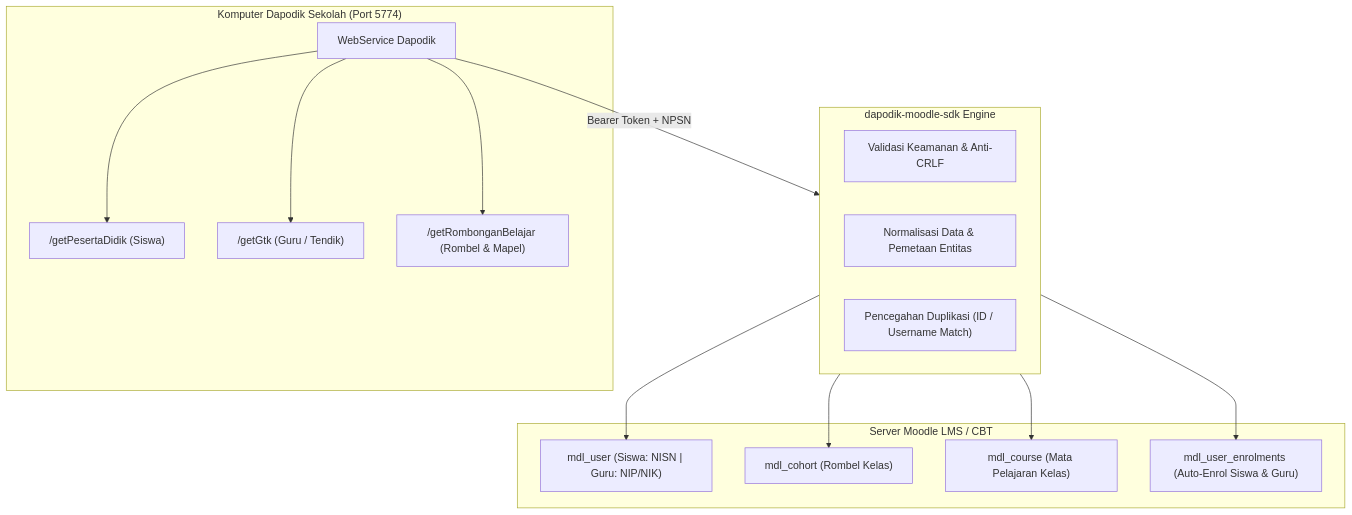
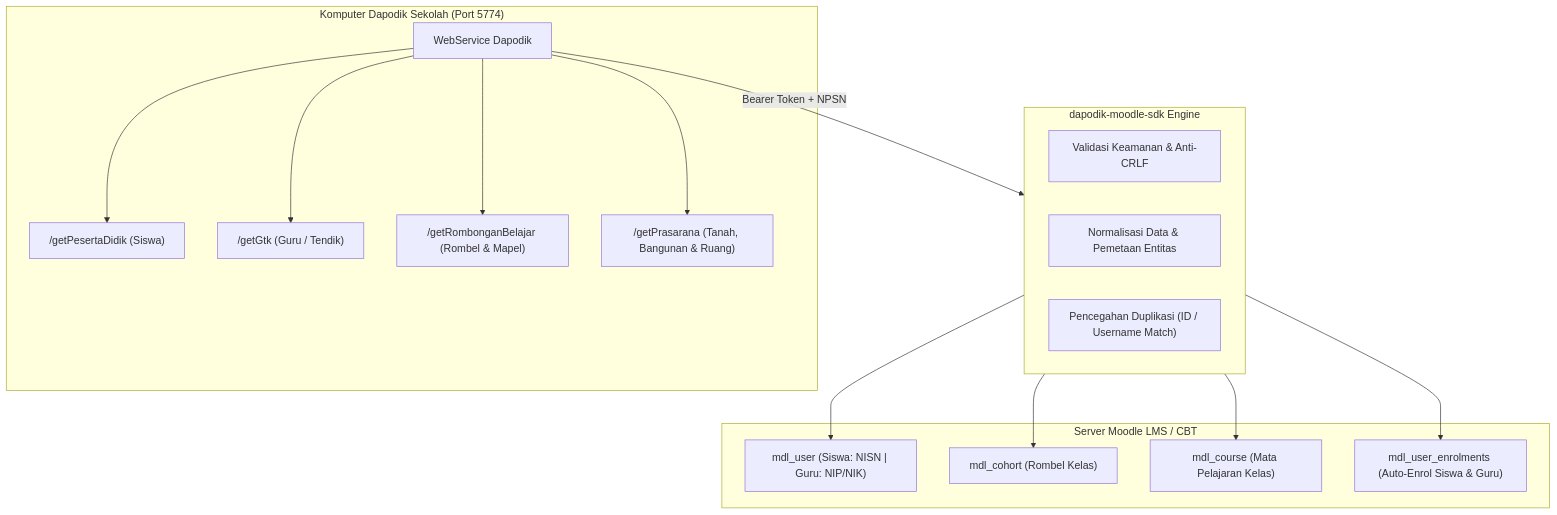
One commit to ardianryan/dapodik-moodle-sdk changed the diagram in README.md. Above: the diagram before and after it, drawn with Mermaid. The commit also changed other lines of this file and 4 other files, not shown here.

````diff
--- a/README.md
+++ b/README.md
@@ -41,28 +41,29 @@
 ```mermaid
 flowchart TD
     subgraph Dapodik [" Komputer Dapodik Sekolah (Port 5774) "]
         D1["WebService Dapodik"]
         D1 --> E1["/getPesertaDidik (Siswa)"]
         D1 --> E2["/getGtk (Guru / Tendik)"]
         D1 --> E3["/getRombonganBelajar (Rombel & Mapel)"]
+        D1 --> E4["/getPrasarana (Tanah, Bangunan & Ruang)"]
     end
 
     subgraph Integrator [" dapodik-moodle-sdk Engine "]
         P1["Validasi Keamanan & Anti-CRLF"]
         P2["Normalisasi Data & Pemetaan Entitas"]
         P3["Pencegahan Duplikasi (ID / Username Match)"]
     end
 
     subgraph Moodle [" Server Moodle LMS / CBT "]
         M1["mdl_user (Siswa: NISN | Guru: NIP/NIK)"]
         M2["mdl_cohort (Rombel Kelas)"]
         M3["mdl_course (Mata Pelajaran Kelas)"]
         M4["mdl_user_enrolments (Auto-Enrol Siswa & Guru)"]
     end
 
     D1 -->|Bearer Token + NPSN| Integrator
     Integrator --> M1
     Integrator --> M2
     Integrator --> M3
     Integrator --> M4
 ```
````
